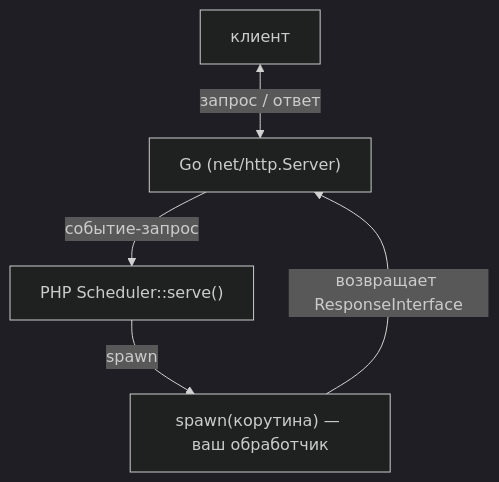
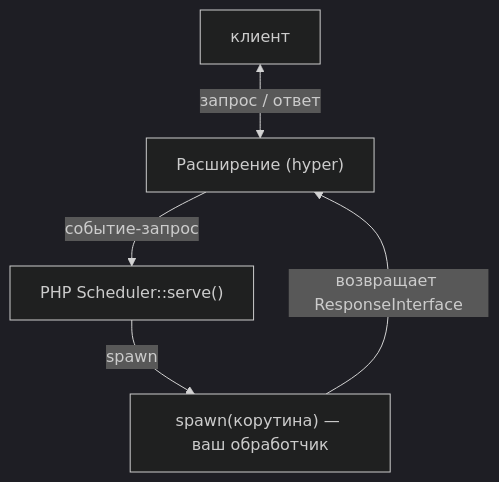
The first of 3 diagrams in docs/http-server.ru.md (sprust/sconcur), drawn with Mermaid (dark theme) before and after one commit. The commit also changed other lines of this file and 46 other files, not shown here.

````diff
--- a/docs/http-server.ru.md
+++ b/docs/http-server.ru.md
@@ -52,12 +52,12 @@
 ```mermaid
 flowchart TB
     Client["клиент"]
-    Go["Go (net/http.Server)"]
+    EXT["Расширение (hyper)"]
     Sched["PHP Scheduler::serve()"]
     Handler["spawn(корутина) — ваш обработчик"]
 
-    Client <-->|"запрос / ответ"| Go
-    Go -->|"событие-запрос"| Sched
+    Client <-->|"запрос / ответ"| EXT
+    EXT -->|"событие-запрос"| Sched
     Sched -->|"spawn"| Handler
-    Handler -->|"возвращает ResponseInterface"| Go
+    Handler -->|"возвращает ResponseInterface"| EXT
 ```
````
